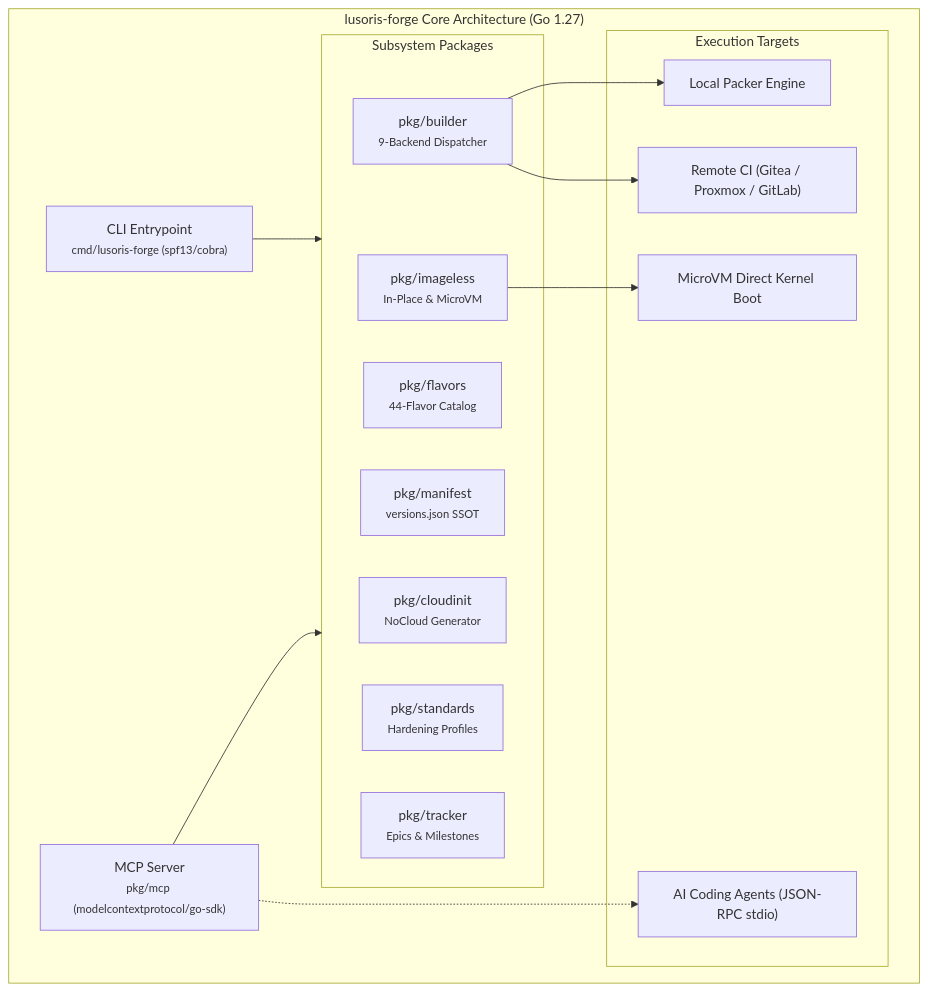
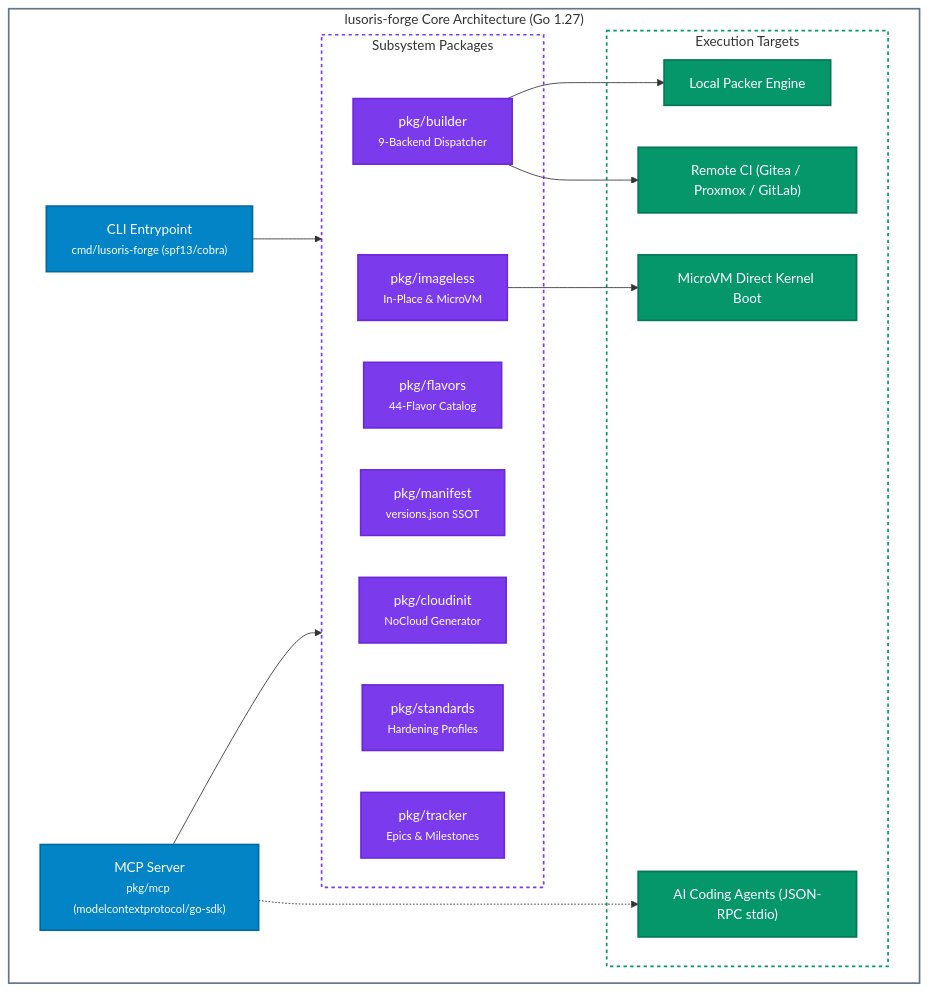
The first of 2 diagrams in docs/tools/cli-mcp.md (lusoris/lusoris-cloud-images), drawn with Mermaid before and after one commit. The commit also changed other lines of this file and 53 other files, not shown here.

First line of the commit message:
feat(agents): implement ai studio managed agents fleet, compliance pipeline, and diagram styling (#24)

````diff
--- a/docs/tools/cli-mcp.md
+++ b/docs/tools/cli-mcp.md
@@ -14,30 +14,39 @@
 ```mermaid
 flowchart TD
+    %% Semantic class definitions with vibrant, high-contrast jewel palettes
+    classDef entry fill:#0284c7,stroke:#0369a1,stroke-width:2px,color:#ffffff
+    classDef mod fill:#7c3aed,stroke:#6d28d9,stroke-width:2px,color:#ffffff
+    classDef exec fill:#059669,stroke:#047857,stroke-width:2px,color:#ffffff
+
     subgraph CoreEngine["lusoris-forge Core Architecture (Go 1.27)"]
-        CLI["CLI Entrypoint<br/><small>cmd/lusoris-forge (spf13/cobra)</small>"]
-        MCP["MCP Server<br/><small>pkg/mcp (modelcontextprotocol/go-sdk)</small>"]
+        CLI["CLI Entrypoint<br/><small>cmd/lusoris-forge (spf13/cobra)</small>"]:::entry
+        MCP["MCP Server<br/><small>pkg/mcp (modelcontextprotocol/go-sdk)</small>"]:::entry
 
         subgraph Modules["Subsystem Packages"]
-            Flavors["pkg/flavors<br/><small>44-Flavor Catalog</small>"]
-            Manifest["pkg/manifest<br/><small>versions.json SSOT</small>"]
-            CloudInit["pkg/cloudinit<br/><small>NoCloud Generator</small>"]
-            Builder["pkg/builder<br/><small>9-Backend Dispatcher</small>"]
-            Imageless["pkg/imageless<br/><small>In-Place & MicroVM</small>"]
-            Standards["pkg/standards<br/><small>Hardening Profiles</small>"]
-            Tracker["pkg/tracker<br/><small>Epics & Milestones</small>"]
+            Flavors["pkg/flavors<br/><small>44-Flavor Catalog</small>"]:::mod
+            Manifest["pkg/manifest<br/><small>versions.json SSOT</small>"]:::mod
+            CloudInit["pkg/cloudinit<br/><small>NoCloud Generator</small>"]:::mod
+            Builder["pkg/builder<br/><small>9-Backend Dispatcher</small>"]:::mod
+            Imageless["pkg/imageless<br/><small>In-Place & MicroVM</small>"]:::mod
+            Standards["pkg/standards<br/><small>Hardening Profiles</small>"]:::mod
+            Tracker["pkg/tracker<br/><small>Epics & Milestones</small>"]:::mod
         end
 
         subgraph Execution["Execution Targets"]
-            LocalPacker["Local Packer Engine"]
-            RemoteCI["Remote CI (Gitea / Proxmox / GitLab)"]
-            MicroVM["MicroVM Direct Kernel Boot"]
-            AIAgent["AI Coding Agents (JSON-RPC stdio)"]
+            LocalPacker["Local Packer Engine"]:::exec
+            RemoteCI["Remote CI (Gitea / Proxmox / GitLab)"]:::exec
+            MicroVM["MicroVM Direct Kernel Boot"]:::exec
+            AIAgent["AI Coding Agents (JSON-RPC stdio)"]:::exec
         end
     end
 
     CLI --> Modules
     MCP --> Modules
     Builder --> LocalPacker & RemoteCI
     Imageless --> MicroVM
     MCP -.-> AIAgent
+
+    style CoreEngine fill:none,stroke:#64748b,stroke-width:2px
+    style Modules fill:none,stroke:#7c3aed,stroke-width:2px,stroke-dasharray: 4 4
+    style Execution fill:none,stroke:#059669,stroke-width:2px,stroke-dasharray: 4 4
 ```
````
